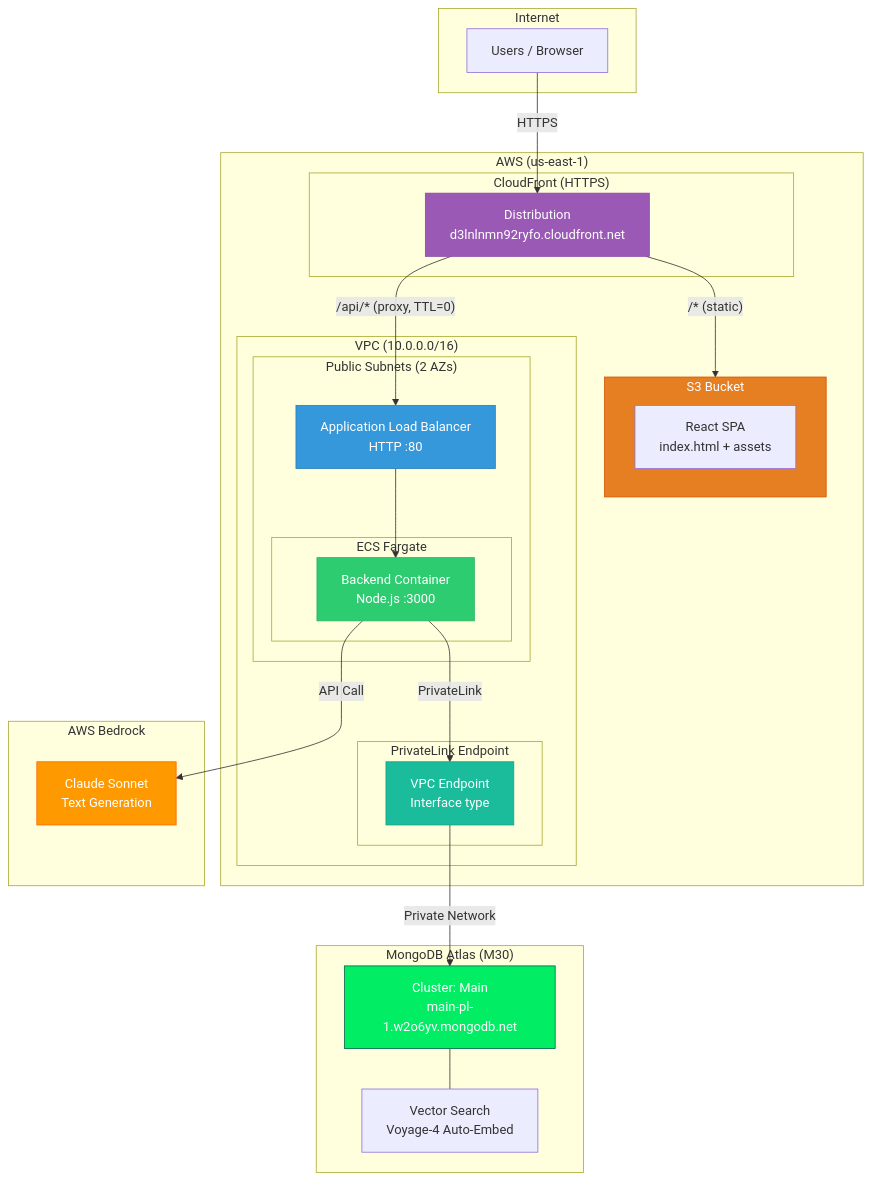
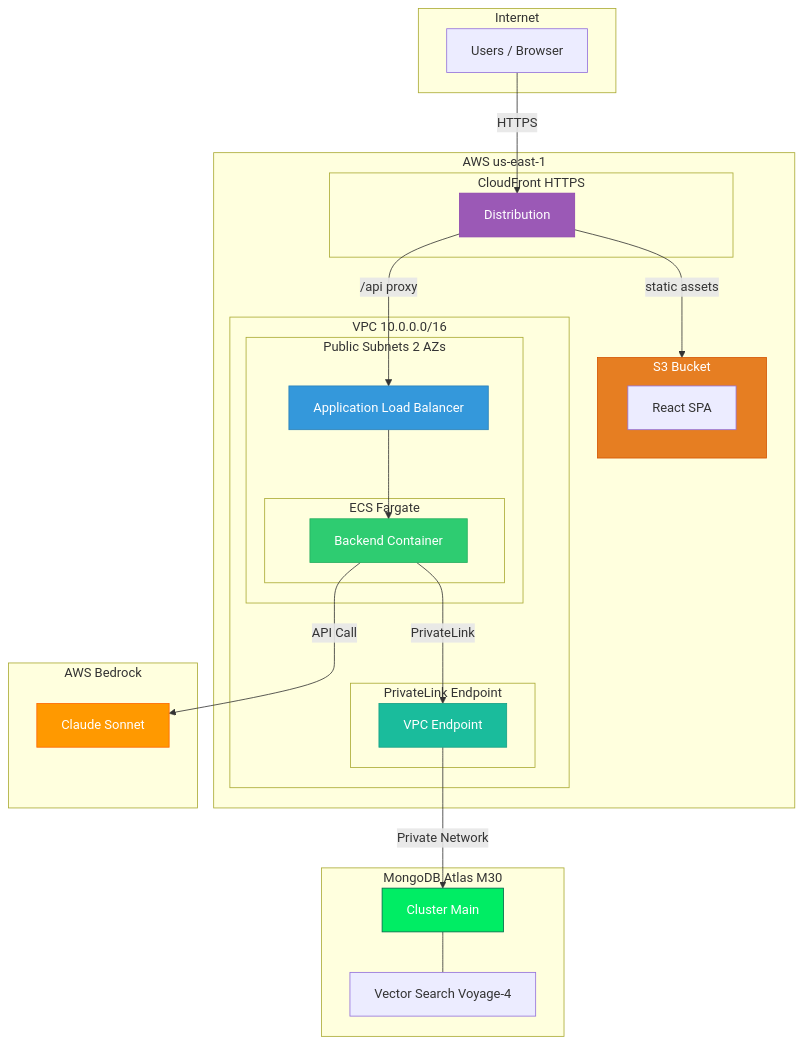
The sixth of 10 diagrams in FLOW.md (ramonfnasc12/mms-personalized-demo), drawn with Mermaid before and after one commit. The commit also changed other lines of this file and 1 other file, not shown here.

First line of the commit message:
Add production architecture documentation

````diff
--- a/FLOW.md
+++ b/FLOW.md
@@ -264,54 +264,54 @@
 ```mermaid
 graph TB
     subgraph Internet
         Users[Users / Browser]
     end
 
-    subgraph AWS["AWS (us-east-1)"]
-        subgraph CloudFront["CloudFront (HTTPS)"]
-            CF[Distribution<br/>d3lnlnmn92ryfo.cloudfront.net]
+    subgraph AWS["AWS us-east-1"]
+        subgraph CloudFront["CloudFront HTTPS"]
+            CF[Distribution]
         end
 
         subgraph S3["S3 Bucket"]
-            Static[React SPA<br/>index.html + assets]
+            Static[React SPA]
         end
 
-        subgraph VPC["VPC (10.0.0.0/16)"]
-            subgraph PublicSubnets["Public Subnets (2 AZs)"]
-                ALB[Application Load Balancer<br/>HTTP :80]
+        subgraph VPC["VPC 10.0.0.0/16"]
+            subgraph PublicSubnets["Public Subnets 2 AZs"]
+                ALB[Application Load Balancer]
                 subgraph ECS["ECS Fargate"]
-                    Task[Backend Container<br/>Node.js :3000]
+                    Task[Backend Container]
                 end
             end
             subgraph PrivateLink["PrivateLink Endpoint"]
-                VPCE[VPC Endpoint<br/>Interface type]
+                VPCE[VPC Endpoint]
             end
         end
     end
 
-    subgraph Atlas["MongoDB Atlas (M30)"]
-        Cluster[Cluster: Main<br/>main-pl-1.w2o6yv.mongodb.net]
-        VS[Vector Search<br/>Voyage-4 Auto-Embed]
+    subgraph Atlas["MongoDB Atlas M30"]
+        Cluster[Cluster Main]
+        VS[Vector Search Voyage-4]
     end
 
     subgraph Bedrock["AWS Bedrock"]
-        LLM[Claude Sonnet<br/>Text Generation]
+        LLM[Claude Sonnet]
     end
 
     Users -->|HTTPS| CF
-    CF -->|"/* (static)"| S3
-    CF -->|"/api/* (proxy, TTL=0)"| ALB
+    CF -->|static assets| S3
+    CF -->|/api proxy| ALB
     ALB --> Task
     Task -->|PrivateLink| VPCE
     VPCE -->|Private Network| Cluster
     Cluster --- VS
     Task -->|API Call| LLM
 
     style CF fill:#9b59b6,stroke:#8e44ad,color:#fff
     style S3 fill:#e67e22,stroke:#d35400,color:#fff
     style ALB fill:#3498db,stroke:#2980b9,color:#fff
     style Task fill:#2ecc71,stroke:#27ae60,color:#fff
     style VPCE fill:#1abc9c,stroke:#16a085,color:#fff
     style Cluster fill:#00ed64,stroke:#00684a,color:#fff
     style LLM fill:#ff9900,stroke:#ff6600,color:#fff
 ```
````
